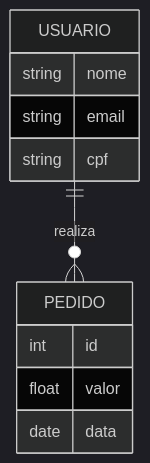
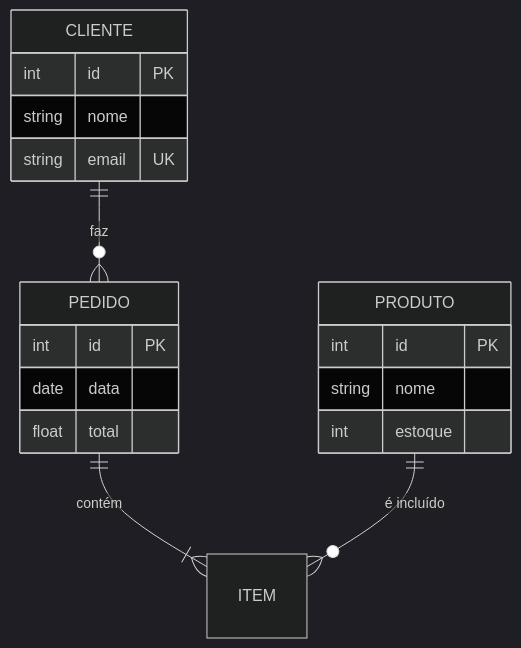
One commit to Mushyc/WIKI_MATHEUS_TI changed the diagram in guias/Curso_Banco_Dados_Avancado.md. Above: the diagram before and after it, drawn with Mermaid (dark theme). The commit also changed other lines of this file and 18 other files, not shown here.

````diff
--- a/guias/Curso_Banco_Dados_Avancado.md
+++ b/guias/Curso_Banco_Dados_Avancado.md
@@ -13,14 +14,22 @@
 ```mermaid
 erDiagram
-    USUARIO ||--o{ PEDIDO : realiza
-    USUARIO {
+    CLIENTE ||--o{ PEDIDO : "faz"
+    PEDIDO ||--|{ ITEM : "contém"
+    PRODUTO ||--o{ ITEM : "é incluído"
+    
+    CLIENTE {
+        int id PK
         string nome
-        string email
-        string cpf
+        string email UK
     }
     PEDIDO {
-        int id
-        float valor
+        int id PK
         date data
+        float total
+    }
+    PRODUTO {
+        int id PK
+        string nome
+        int estoque
     }
 ```
````
